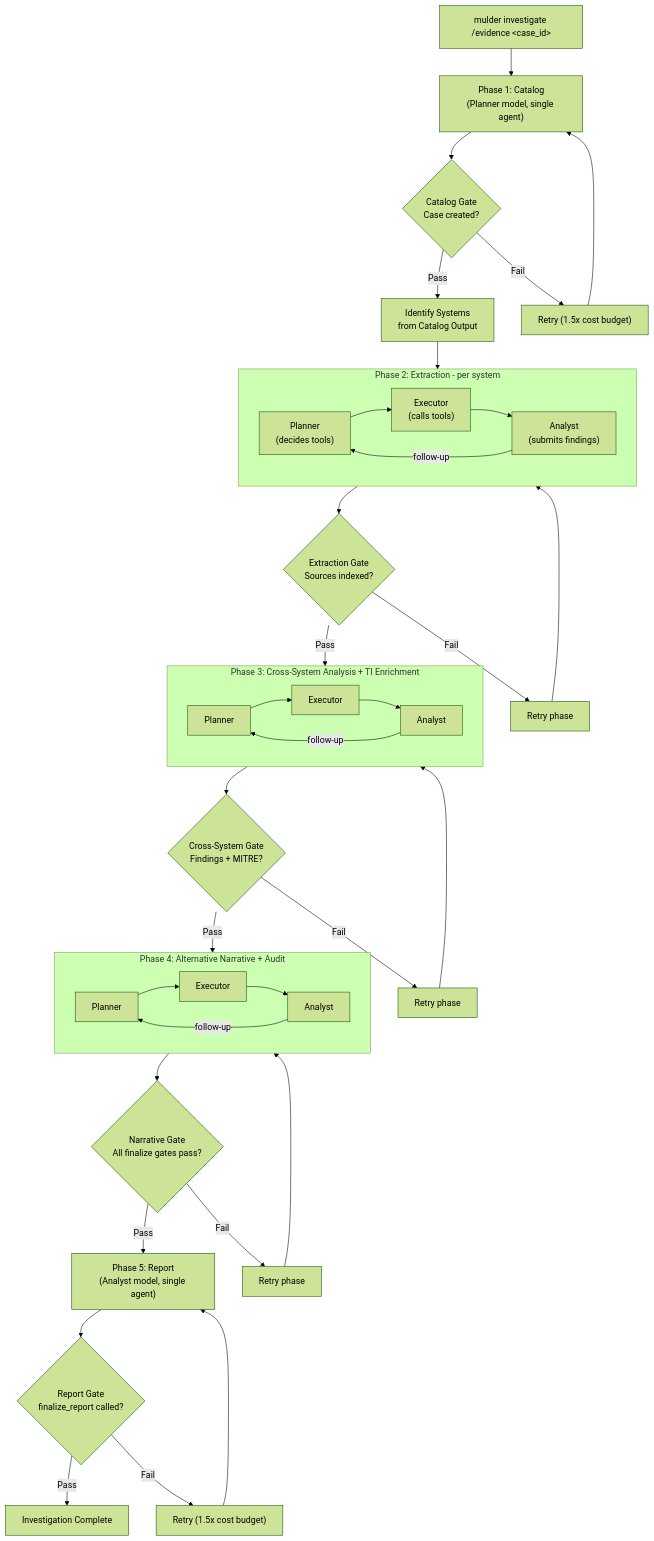
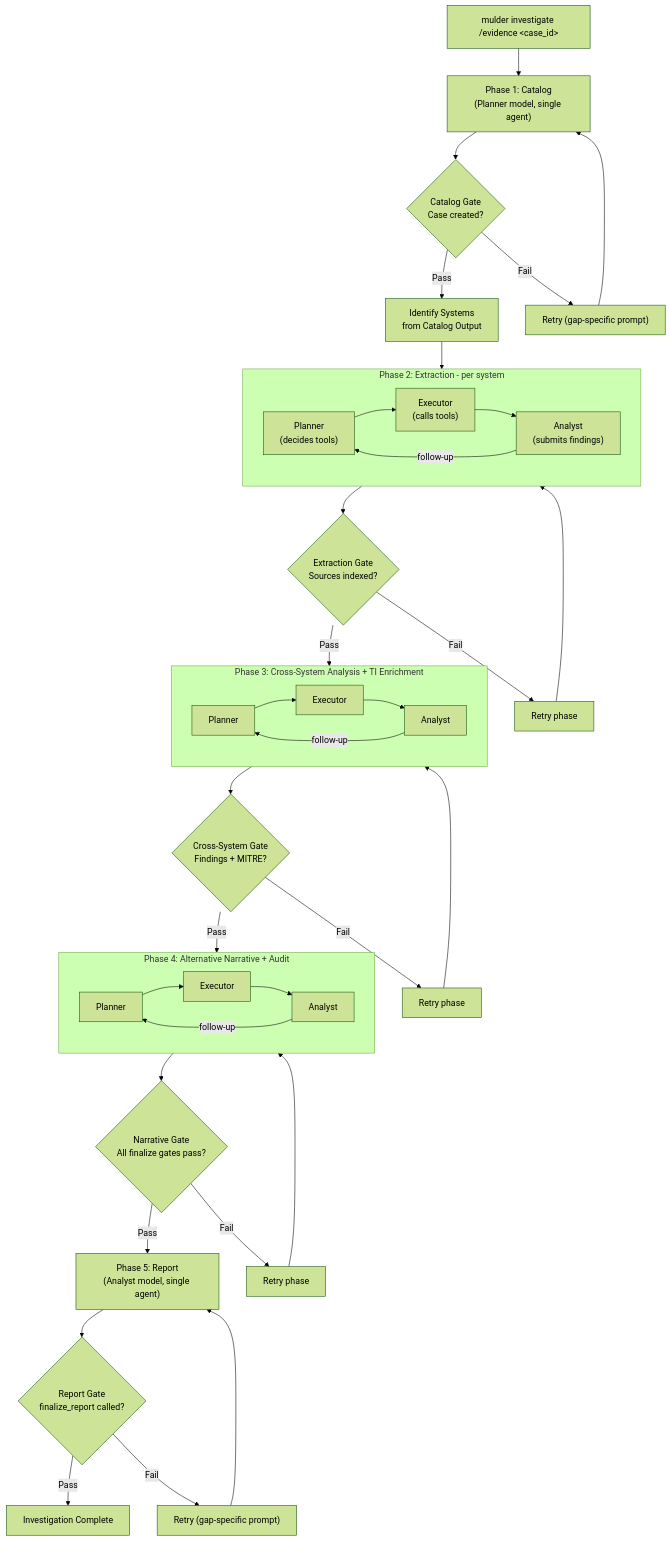
Before and after one commit to Ikarugo/mulder: the third of 6 diagrams in docs/architecture.md, drawn with Mermaid (forest theme). The commit also changed other lines of this file and 9 other files, not shown here.

````diff
--- a/docs/architecture.md
+++ b/docs/architecture.md
@@ -111,50 +111,50 @@
 ```mermaid
 flowchart TD
     start["mulder investigate /evidence &lt;case_id&gt;"] --> catalog
     catalog["Phase 1: Catalog\n(Planner model, single agent)"]
     catalog --> catalogGate{"Catalog Gate\nCase created?"}
     catalogGate -->|"Pass"| identifySystems["Identify Systems\nfrom Catalog Output"]
-    catalogGate -->|"Fail"| retryC["Retry (1.5x cost budget)"]
+    catalogGate -->|"Fail"| retryC["Retry (gap-specific prompt)"]
     retryC --> catalog
 
     identifySystems --> extraction
 
     subgraph extraction [Phase 2: Extraction - per system]
         ep["Planner\n(decides tools)"]
         ee["Executor\n(calls tools)"]
         ea["Analyst\n(submits findings)"]
         ep --> ee --> ea
         ea -->|"follow-up"| ep
     end
 
     extraction --> extractionGate{"Extraction Gate\nSources indexed?"}
     extractionGate -->|"Pass"| crossSystem
     extractionGate -->|"Fail"| retryE["Retry phase"]
     retryE --> extraction
 
     subgraph crossSystem [Phase 3: Cross-System Analysis + TI Enrichment]
         cp["Planner"] --> ce["Executor"] --> ca["Analyst"]
         ca -->|"follow-up"| cp
     end
 
     crossSystem --> crossGate{"Cross-System Gate\nFindings + MITRE?"}
     crossGate -->|"Pass"| altNarrative
     crossGate -->|"Fail"| retryCS["Retry phase"]
     retryCS --> crossSystem
 
     subgraph altNarrative [Phase 4: Alternative Narrative + Audit]
         np["Planner"] --> ne["Executor"] --> na["Analyst"]
         na -->|"follow-up"| np
     end
 
     altNarrative --> narrativeGate{"Narrative Gate\nAll finalize gates pass?"}
     narrativeGate -->|"Pass"| report
     narrativeGate -->|"Fail"| retryN["Retry phase"]
     retryN --> altNarrative
 
     report["Phase 5: Report\n(Analyst model, single agent)"]
     report --> reportGate{"Report Gate\nfinalize_report called?"}
     reportGate -->|"Pass"| done["Investigation Complete"]
-    reportGate -->|"Fail"| retryR["Retry (1.5x cost budget)"]
+    reportGate -->|"Fail"| retryR["Retry (gap-specific prompt)"]
     retryR --> report
 ```
````
